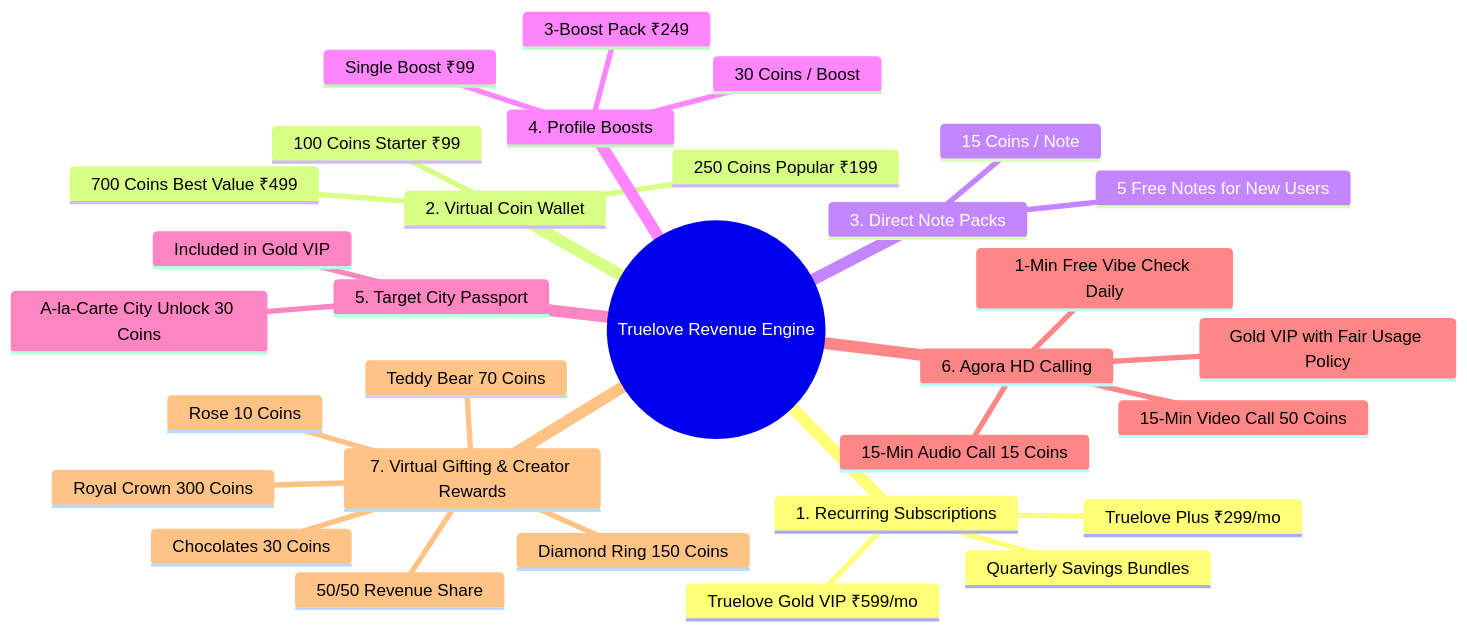
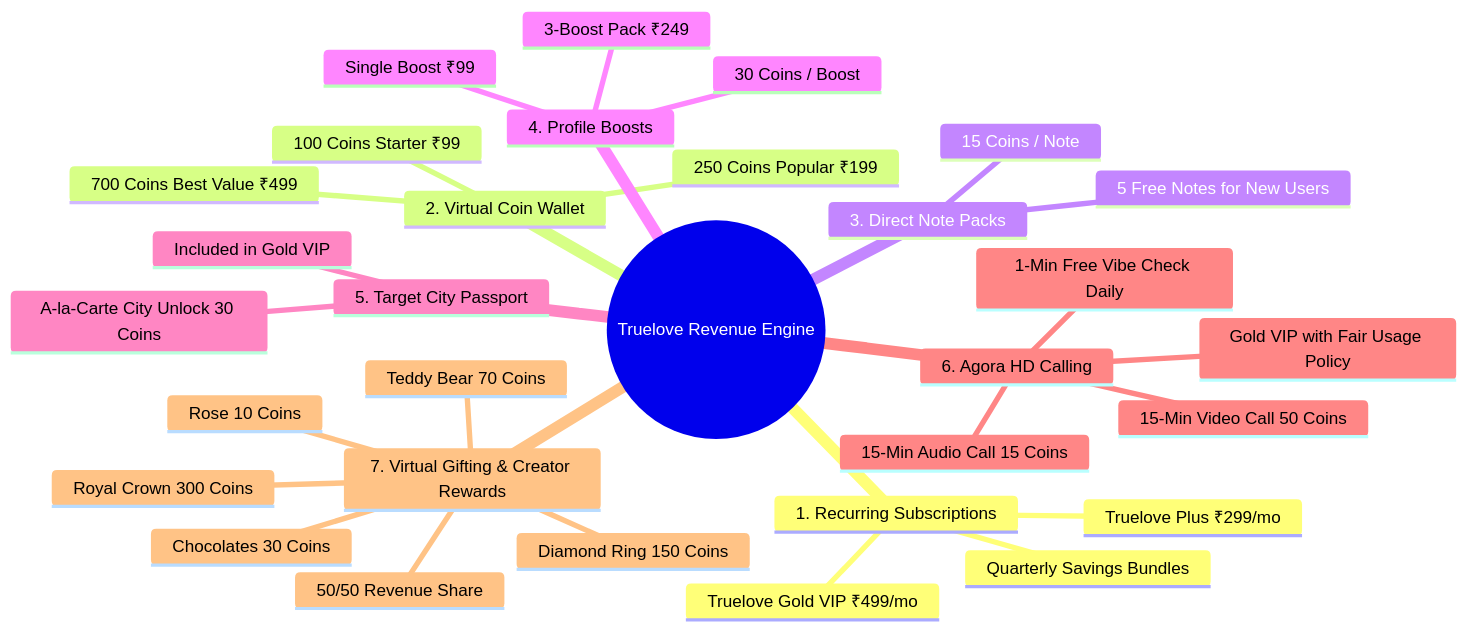
The diagram in docs/dating_app_revenue_model.md (godivatech/dating_app), drawn with Mermaid before and after one commit. The commit also changed other lines of this file and 1 other file, not shown here.

````diff
--- a/docs/dating_app_revenue_model.md
+++ b/docs/dating_app_revenue_model.md
@@ -38,34 +38,34 @@
 ```mermaid
 mindmap
   root((Truelove Revenue Engine))
     1. Recurring Subscriptions
       Truelove Plus ₹299/mo
-      Truelove Gold VIP ₹599/mo
+      Truelove Gold VIP ₹499/mo
       Quarterly Savings Bundles
     2. Virtual Coin Wallet
       100 Coins Starter ₹99
       250 Coins Popular ₹199
       700 Coins Best Value ₹499
     3. Direct Note Packs
       15 Coins / Note
       5 Free Notes for New Users
     4. Profile Boosts
       30 Coins / Boost
       Single Boost ₹99
       3-Boost Pack ₹249
     5. Target City Passport
       Included in Gold VIP
       A-la-Carte City Unlock 30 Coins
     6. Agora HD Calling
       1-Min Free Vibe Check Daily
       15-Min Audio Call 15 Coins
       15-Min Video Call 50 Coins
       Gold VIP with Fair Usage Policy
     7. Virtual Gifting & Creator Rewards
       Rose 10 Coins
       Chocolates 30 Coins
       Teddy Bear 70 Coins
       Diamond Ring 150 Coins
       Royal Crown 300 Coins
       50/50 Revenue Share
 ```
````
